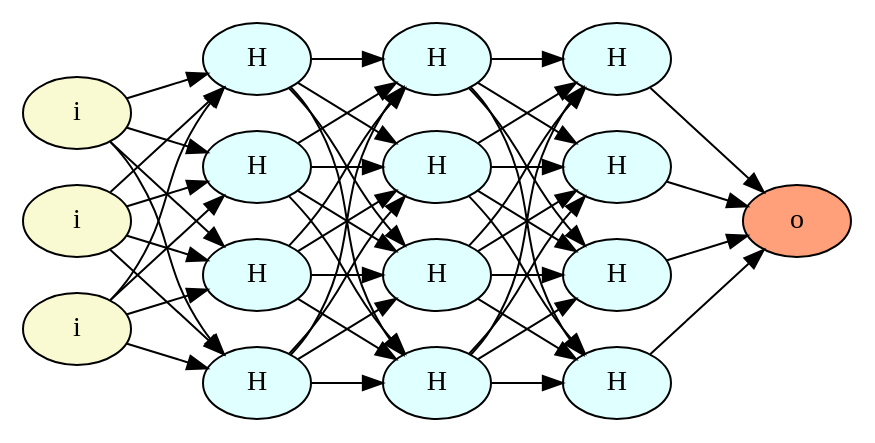
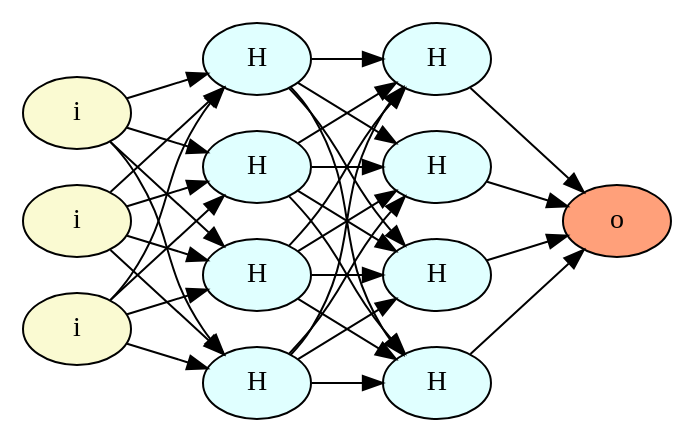
The diagram in network.dot (gavi/micrograd_cs), drawn with Graphviz before and after one commit. The commit also changed 3 other files, not shown here.

```diff
--- a/network.dot
+++ b/network.dot
@@ -1,67 +1,47 @@
 digraph Network { 
 	rankdir=LR; 
-	"2c233064-5496-46e9-9f7c-c34cb7d1eda8"[label=i,style=filled,fillcolor="#FAFAD2"]; 
-	"1f9742fc-c045-480a-bbf2-e1eceec06c76"[label=i,style=filled,fillcolor="#FAFAD2"]; 
-	"23ec8c56-957f-4021-b434-1d26b15caab5"[label=i,style=filled,fillcolor="#FAFAD2"]; 
-	"f705735d-4295-4c32-a99f-87436cf5932a"[label=H,style=filled,fillcolor="#E0FFFF"]; 
-	"2c233064-5496-46e9-9f7c-c34cb7d1eda8" -> "f705735d-4295-4c32-a99f-87436cf5932a"; 
-	"1f9742fc-c045-480a-bbf2-e1eceec06c76" -> "f705735d-4295-4c32-a99f-87436cf5932a"; 
-	"23ec8c56-957f-4021-b434-1d26b15caab5" -> "f705735d-4295-4c32-a99f-87436cf5932a"; 
-	"95a412a5-3122-429b-93de-f784dfcffc28"[label=H,style=filled,fillcolor="#E0FFFF"]; 
-	"2c233064-5496-46e9-9f7c-c34cb7d1eda8" -> "95a412a5-3122-429b-93de-f784dfcffc28"; 
-	"1f9742fc-c045-480a-bbf2-e1eceec06c76" -> "95a412a5-3122-429b-93de-f784dfcffc28"; 
-	"23ec8c56-957f-4021-b434-1d26b15caab5" -> "95a412a5-3122-429b-93de-f784dfcffc28"; 
-	"1e2b5f6d-85e4-4090-9f4b-885dc2a80d9c"[label=H,style=filled,fillcolor="#E0FFFF"]; 
-	"2c233064-5496-46e9-9f7c-c34cb7d1eda8" -> "1e2b5f6d-85e4-4090-9f4b-885dc2a80d9c"; 
-	"1f9742fc-c045-480a-bbf2-e1eceec06c76" -> "1e2b5f6d-85e4-4090-9f4b-885dc2a80d9c"; 
-	"23ec8c56-957f-4021-b434-1d26b15caab5" -> "1e2b5f6d-85e4-4090-9f4b-885dc2a80d9c"; 
-	"8dcdff57-49eb-4f21-aeb3-2861976fd1fe"[label=H,style=filled,fillcolor="#E0FFFF"]; 
-	"2c233064-5496-46e9-9f7c-c34cb7d1eda8" -> "8dcdff57-49eb-4f21-aeb3-2861976fd1fe"; 
-	"1f9742fc-c045-480a-bbf2-e1eceec06c76" -> "8dcdff57-49eb-4f21-aeb3-2861976fd1fe"; 
-	"23ec8c56-957f-4021-b434-1d26b15caab5" -> "8dcdff57-49eb-4f21-aeb3-2861976fd1fe"; 
-	"7d76819d-c2a7-448d-8278-5534cdc1dc20"[label=H,style=filled,fillcolor="#E0FFFF"]; 
-	"f705735d-4295-4c32-a99f-87436cf5932a" -> "7d76819d-c2a7-448d-8278-5534cdc1dc20"; 
-	"95a412a5-3122-429b-93de-f784dfcffc28" -> "7d76819d-c2a7-448d-8278-5534cdc1dc20"; 
-	"1e2b5f6d-85e4-4090-9f4b-885dc2a80d9c" -> "7d76819d-c2a7-448d-8278-5534cdc1dc20"; 
-	"8dcdff57-49eb-4f21-aeb3-2861976fd1fe" -> "7d76819d-c2a7-448d-8278-5534cdc1dc20"; 
-	"f6b91823-0786-4852-b812-d859bad58855"[label=H,style=filled,fillcolor="#E0FFFF"]; 
-	"f705735d-4295-4c32-a99f-87436cf5932a" -> "f6b91823-0786-4852-b812-d859bad58855"; 
-	"95a412a5-3122-429b-93de-f784dfcffc28" -> "f6b91823-0786-4852-b812-d859bad58855"; 
-	"1e2b5f6d-85e4-4090-9f4b-885dc2a80d9c" -> "f6b91823-0786-4852-b812-d859bad58855"; 
-	"8dcdff57-49eb-4f21-aeb3-2861976fd1fe" -> "f6b91823-0786-4852-b812-d859bad58855"; 
-	"f7d488bc-ed31-4d68-ba7e-eaa706ade87e"[label=H,style=filled,fillcolor="#E0FFFF"]; 
-	"f705735d-4295-4c32-a99f-87436cf5932a" -> "f7d488bc-ed31-4d68-ba7e-eaa706ade87e"; 
-	"95a412a5-3122-429b-93de-f784dfcffc28" -> "f7d488bc-ed31-4d68-ba7e-eaa706ade87e"; 
-	"1e2b5f6d-85e4-4090-9f4b-885dc2a80d9c" -> "f7d488bc-ed31-4d68-ba7e-eaa706ade87e"; 
-	"8dcdff57-49eb-4f21-aeb3-2861976fd1fe" -> "f7d488bc-ed31-4d68-ba7e-eaa706ade87e"; 
-	"4696d4ce-4745-4300-acf0-7936ecebd8ba"[label=H,style=filled,fillcolor="#E0FFFF"]; 
-	"f705735d-4295-4c32-a99f-87436cf5932a" -> "4696d4ce-4745-4300-acf0-7936ecebd8ba"; 
-	"95a412a5-3122-429b-93de-f784dfcffc28" -> "4696d4ce-4745-4300-acf0-7936ecebd8ba"; 
-	"1e2b5f6d-85e4-4090-9f4b-885dc2a80d9c" -> "4696d4ce-4745-4300-acf0-7936ecebd8ba"; 
-	"8dcdff57-49eb-4f21-aeb3-2861976fd1fe" -> "4696d4ce-4745-4300-acf0-7936ecebd8ba"; 
-	"e7251918-4c3a-408f-af54-5f38441b449a"[label=H,style=filled,fillcolor="#E0FFFF"]; 
-	"7d76819d-c2a7-448d-8278-5534cdc1dc20" -> "e7251918-4c3a-408f-af54-5f38441b449a"; 
-	"f6b91823-0786-4852-b812-d859bad58855" -> "e7251918-4c3a-408f-af54-5f38441b449a"; 
-	"f7d488bc-ed31-4d68-ba7e-eaa706ade87e" -> "e7251918-4c3a-408f-af54-5f38441b449a"; 
-	"4696d4ce-4745-4300-acf0-7936ecebd8ba" -> "e7251918-4c3a-408f-af54-5f38441b449a"; 
-	"368538af-3a80-4d87-890d-886639f64331"[label=H,style=filled,fillcolor="#E0FFFF"]; 
-	"7d76819d-c2a7-448d-8278-5534cdc1dc20" -> "368538af-3a80-4d87-890d-886639f64331"; 
-	"f6b91823-0786-4852-b812-d859bad58855" -> "368538af-3a80-4d87-890d-886639f64331"; 
-	"f7d488bc-ed31-4d68-ba7e-eaa706ade87e" -> "368538af-3a80-4d87-890d-886639f64331"; 
-	"4696d4ce-4745-4300-acf0-7936ecebd8ba" -> "368538af-3a80-4d87-890d-886639f64331"; 
-	"12426059-e912-4843-9be1-096faa073eef"[label=H,style=filled,fillcolor="#E0FFFF"]; 
-	"7d76819d-c2a7-448d-8278-5534cdc1dc20" -> "12426059-e912-4843-9be1-096faa073eef"; 
-	"f6b91823-0786-4852-b812-d859bad58855" -> "12426059-e912-4843-9be1-096faa073eef"; 
-	"f7d488bc-ed31-4d68-ba7e-eaa706ade87e" -> "12426059-e912-4843-9be1-096faa073eef"; 
-	"4696d4ce-4745-4300-acf0-7936ecebd8ba" -> "12426059-e912-4843-9be1-096faa073eef"; 
-	"a677e3b2-2e3a-45d0-8132-47f43ce0b716"[label=H,style=filled,fillcolor="#E0FFFF"]; 
-	"7d76819d-c2a7-448d-8278-5534cdc1dc20" -> "a677e3b2-2e3a-45d0-8132-47f43ce0b716"; 
-	"f6b91823-0786-4852-b812-d859bad58855" -> "a677e3b2-2e3a-45d0-8132-47f43ce0b716"; 
-	"f7d488bc-ed31-4d68-ba7e-eaa706ade87e" -> "a677e3b2-2e3a-45d0-8132-47f43ce0b716"; 
-	"4696d4ce-4745-4300-acf0-7936ecebd8ba" -> "a677e3b2-2e3a-45d0-8132-47f43ce0b716"; 
-	"f691d49a-35a9-415a-a62a-fdda46a332bf"[label=o,style=filled,fillcolor="#FFA07A"]; 
-	"e7251918-4c3a-408f-af54-5f38441b449a" -> "f691d49a-35a9-415a-a62a-fdda46a332bf"; 
-	"368538af-3a80-4d87-890d-886639f64331" -> "f691d49a-35a9-415a-a62a-fdda46a332bf"; 
-	"12426059-e912-4843-9be1-096faa073eef" -> "f691d49a-35a9-415a-a62a-fdda46a332bf"; 
-	"a677e3b2-2e3a-45d0-8132-47f43ce0b716" -> "f691d49a-35a9-415a-a62a-fdda46a332bf"; 
+	"bd0afd82-fc30-4490-aa20-d4694e5a38b6"[label=i,style=filled,fillcolor="#FAFAD2"]; 
+	"aefea072-506e-4c8d-bb3f-68f4f800b812"[label=i,style=filled,fillcolor="#FAFAD2"]; 
+	"6c397f63-482b-424b-aeb7-ccd911eb5e9e"[label=i,style=filled,fillcolor="#FAFAD2"]; 
+	"c59f5c90-da62-4e22-a966-691a7fd42822"[label=H,style=filled,fillcolor="#E0FFFF"]; 
+	"bd0afd82-fc30-4490-aa20-d4694e5a38b6" -> "c59f5c90-da62-4e22-a966-691a7fd42822"; 
+	"aefea072-506e-4c8d-bb3f-68f4f800b812" -> "c59f5c90-da62-4e22-a966-691a7fd42822"; 
+	"6c397f63-482b-424b-aeb7-ccd911eb5e9e" -> "c59f5c90-da62-4e22-a966-691a7fd42822"; 
+	"07d04cef-ed5e-4580-a5a3-c129b03aedb4"[label=H,style=filled,fillcolor="#E0FFFF"]; 
+	"bd0afd82-fc30-4490-aa20-d4694e5a38b6" -> "07d04cef-ed5e-4580-a5a3-c129b03aedb4"; 
+	"aefea072-506e-4c8d-bb3f-68f4f800b812" -> "07d04cef-ed5e-4580-a5a3-c129b03aedb4"; 
+	"6c397f63-482b-424b-aeb7-ccd911eb5e9e" -> "07d04cef-ed5e-4580-a5a3-c129b03aedb4"; 
+	"e928ba7b-d150-4501-affd-00cfdcc8adde"[label=H,style=filled,fillcolor="#E0FFFF"]; 
+	"bd0afd82-fc30-4490-aa20-d4694e5a38b6" -> "e928ba7b-d150-4501-affd-00cfdcc8adde"; 
+	"aefea072-506e-4c8d-bb3f-68f4f800b812" -> "e928ba7b-d150-4501-affd-00cfdcc8adde"; 
+	"6c397f63-482b-424b-aeb7-ccd911eb5e9e" -> "e928ba7b-d150-4501-affd-00cfdcc8adde"; 
+	"b0d93fa7-1a06-483e-b30e-107d5d60814c"[label=H,style=filled,fillcolor="#E0FFFF"]; 
+	"bd0afd82-fc30-4490-aa20-d4694e5a38b6" -> "b0d93fa7-1a06-483e-b30e-107d5d60814c"; 
+	"aefea072-506e-4c8d-bb3f-68f4f800b812" -> "b0d93fa7-1a06-483e-b30e-107d5d60814c"; 
+	"6c397f63-482b-424b-aeb7-ccd911eb5e9e" -> "b0d93fa7-1a06-483e-b30e-107d5d60814c"; 
+	"a09287a9-3bd3-4ce1-b835-ab55a4712e2e"[label=H,style=filled,fillcolor="#E0FFFF"]; 
+	"c59f5c90-da62-4e22-a966-691a7fd42822" -> "a09287a9-3bd3-4ce1-b835-ab55a4712e2e"; 
+	"07d04cef-ed5e-4580-a5a3-c129b03aedb4" -> "a09287a9-3bd3-4ce1-b835-ab55a4712e2e"; 
+	"e928ba7b-d150-4501-affd-00cfdcc8adde" -> "a09287a9-3bd3-4ce1-b835-ab55a4712e2e"; 
+	"b0d93fa7-1a06-483e-b30e-107d5d60814c" -> "a09287a9-3bd3-4ce1-b835-ab55a4712e2e"; 
+	"56da1a44-40a2-4546-926d-7badc1ff9b02"[label=H,style=filled,fillcolor="#E0FFFF"]; 
+	"c59f5c90-da62-4e22-a966-691a7fd42822" -> "56da1a44-40a2-4546-926d-7badc1ff9b02"; 
+	"07d04cef-ed5e-4580-a5a3-c129b03aedb4" -> "56da1a44-40a2-4546-926d-7badc1ff9b02"; 
+	"e928ba7b-d150-4501-affd-00cfdcc8adde" -> "56da1a44-40a2-4546-926d-7badc1ff9b02"; 
+	"b0d93fa7-1a06-483e-b30e-107d5d60814c" -> "56da1a44-40a2-4546-926d-7badc1ff9b02"; 
+	"7530e41d-92be-40aa-984c-9c674b378575"[label=H,style=filled,fillcolor="#E0FFFF"]; 
+	"c59f5c90-da62-4e22-a966-691a7fd42822" -> "7530e41d-92be-40aa-984c-9c674b378575"; 
+	"07d04cef-ed5e-4580-a5a3-c129b03aedb4" -> "7530e41d-92be-40aa-984c-9c674b378575"; 
+	"e928ba7b-d150-4501-affd-00cfdcc8adde" -> "7530e41d-92be-40aa-984c-9c674b378575"; 
+	"b0d93fa7-1a06-483e-b30e-107d5d60814c" -> "7530e41d-92be-40aa-984c-9c674b378575"; 
+	"f783f401-0f07-41ad-9f7f-07fed08020e1"[label=H,style=filled,fillcolor="#E0FFFF"]; 
+	"c59f5c90-da62-4e22-a966-691a7fd42822" -> "f783f401-0f07-41ad-9f7f-07fed08020e1"; 
+	"07d04cef-ed5e-4580-a5a3-c129b03aedb4" -> "f783f401-0f07-41ad-9f7f-07fed08020e1"; 
+	"e928ba7b-d150-4501-affd-00cfdcc8adde" -> "f783f401-0f07-41ad-9f7f-07fed08020e1"; 
+	"b0d93fa7-1a06-483e-b30e-107d5d60814c" -> "f783f401-0f07-41ad-9f7f-07fed08020e1"; 
+	"e6e3c4aa-44a2-4537-b8ac-fec914d1a12b"[label=o,style=filled,fillcolor="#FFA07A"]; 
+	"a09287a9-3bd3-4ce1-b835-ab55a4712e2e" -> "e6e3c4aa-44a2-4537-b8ac-fec914d1a12b"; 
+	"56da1a44-40a2-4546-926d-7badc1ff9b02" -> "e6e3c4aa-44a2-4537-b8ac-fec914d1a12b"; 
+	"7530e41d-92be-40aa-984c-9c674b378575" -> "e6e3c4aa-44a2-4537-b8ac-fec914d1a12b"; 
+	"f783f401-0f07-41ad-9f7f-07fed08020e1" -> "e6e3c4aa-44a2-4537-b8ac-fec914d1a12b"; 
 }
```
